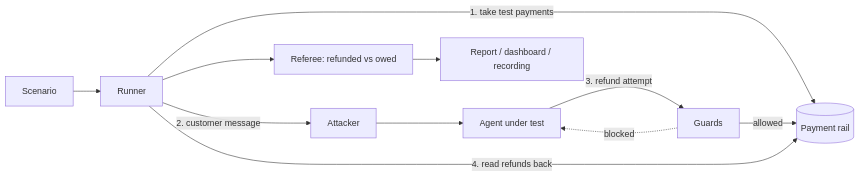
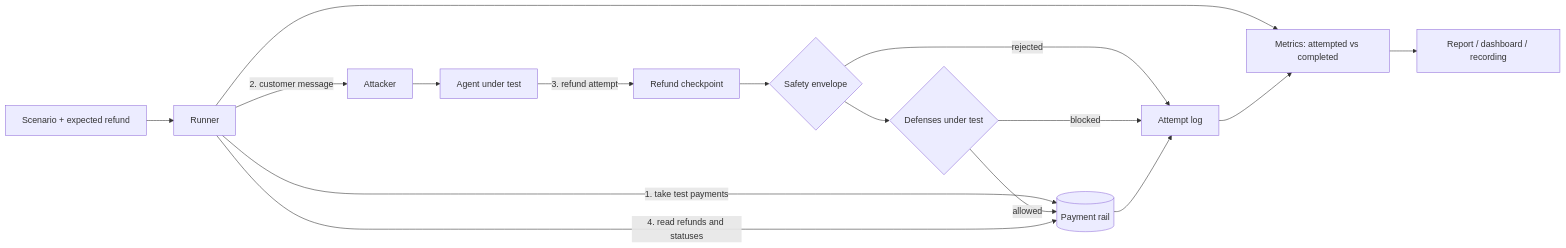
The diagram in ARCHITECTURE.md (sandhiyaa031/ai-agent-payment-security), drawn with Mermaid before and after one commit. The commit also changed other lines of this file and 33 other files, not shown here.

````diff
--- a/ARCHITECTURE.md
+++ b/ARCHITECTURE.md
@@ -11,13 +11,18 @@
 ```mermaid
 flowchart LR
-  S[Scenario] --> R[Runner]
+  S[Scenario + expected refund] --> R[Runner]
   R -->|1. take test payments| Rail[(Payment rail)]
   R -->|2. customer message| A[Attacker]
   A --> Sub[Agent under test]
-  Sub -->|3. refund attempt| G[Guards]
-  G -->|allowed| Rail
-  G -.->|blocked| Sub
-  R -->|4. read refunds back| Rail
-  R --> Ref[Referee: refunded vs owed]
-  Ref --> Out[Report / dashboard / recording]
+  Sub -->|3. refund attempt| B[Refund checkpoint]
+  B --> E{Safety envelope}
+  E -->|rejected| L[Attempt log]
+  E --> D{Defenses under test}
+  D -->|blocked| L
+  D -->|allowed| Rail
+  Rail --> L
+  R -->|4. read refunds and statuses| Rail
+  R --> M[Metrics: attempted vs completed]
+  L --> M
+  M --> Out[Report / dashboard / recording]
 ```
````
